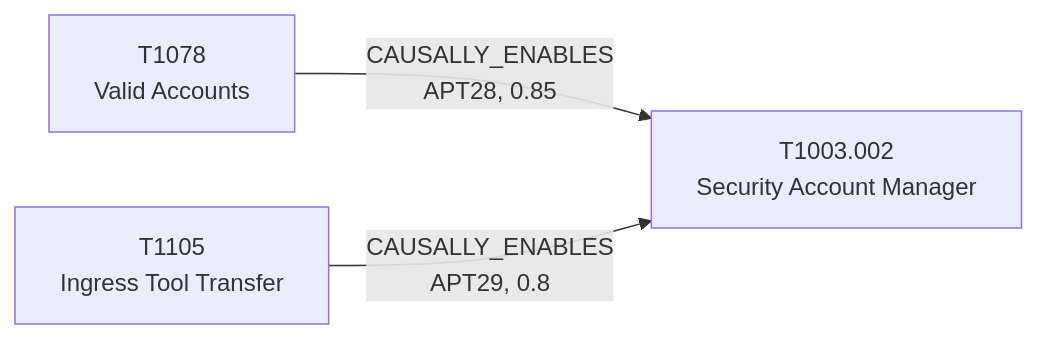
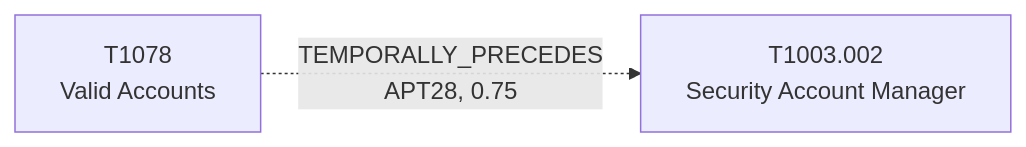
The diagram in docs/attack-patterns/T1003.002-security-account-manager.md (HungryBrain-bot/attackKnowledgeGraph), drawn with Mermaid before and after one commit. The commit also changed other lines of this file and 22 other files, not shown here.

````diff
--- a/docs/attack-patterns/T1003.002-security-account-manager.md
+++ b/docs/attack-patterns/T1003.002-security-account-manager.md
@@ -62,8 +70,6 @@
 ```mermaid
 flowchart LR
     T_T1003_002["T1003.002<br/>Security Account Manager"]
     T_T1078["T1078<br/>Valid Accounts"]
-    T_T1105["T1105<br/>Ingress Tool Transfer"]
-    T_T1078 -->|"CAUSALLY_ENABLES<br/>APT28, 0.85"| T_T1003_002
-    T_T1105 -->|"CAUSALLY_ENABLES<br/>APT29, 0.8"| T_T1003_002
+    T_T1078 -.->|"TEMPORALLY_PRECEDES<br/>APT28, 0.75"| T_T1003_002
 ```
````
